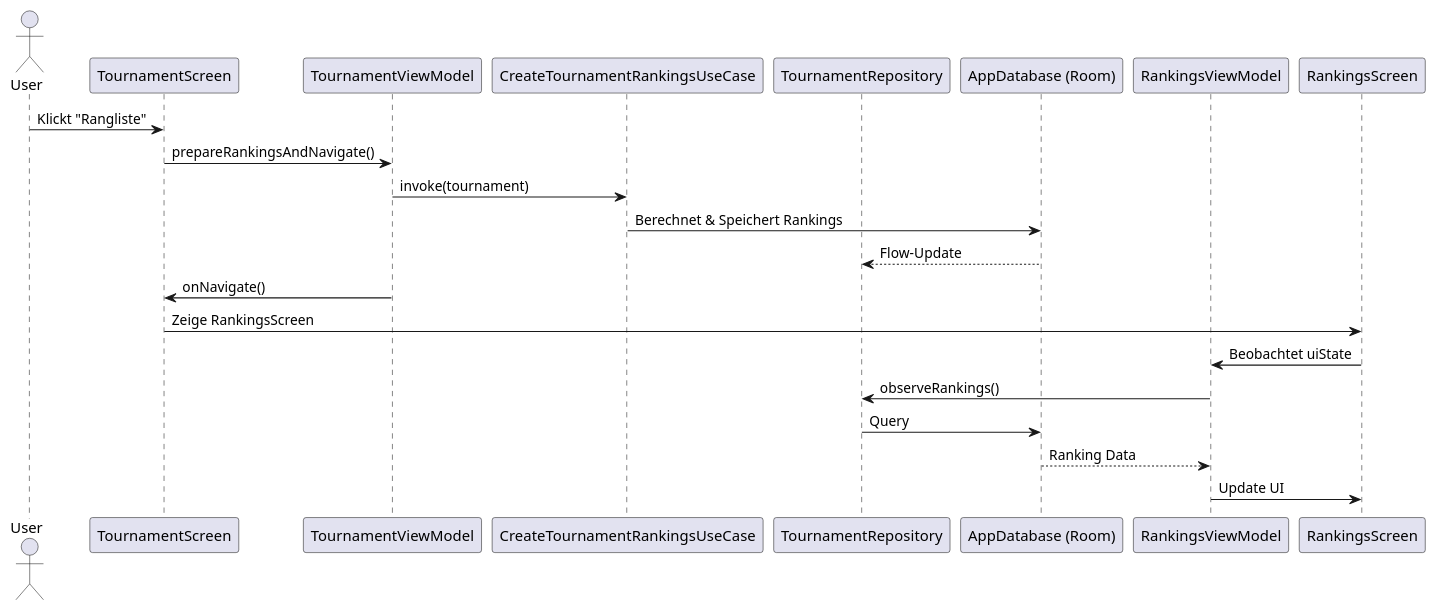
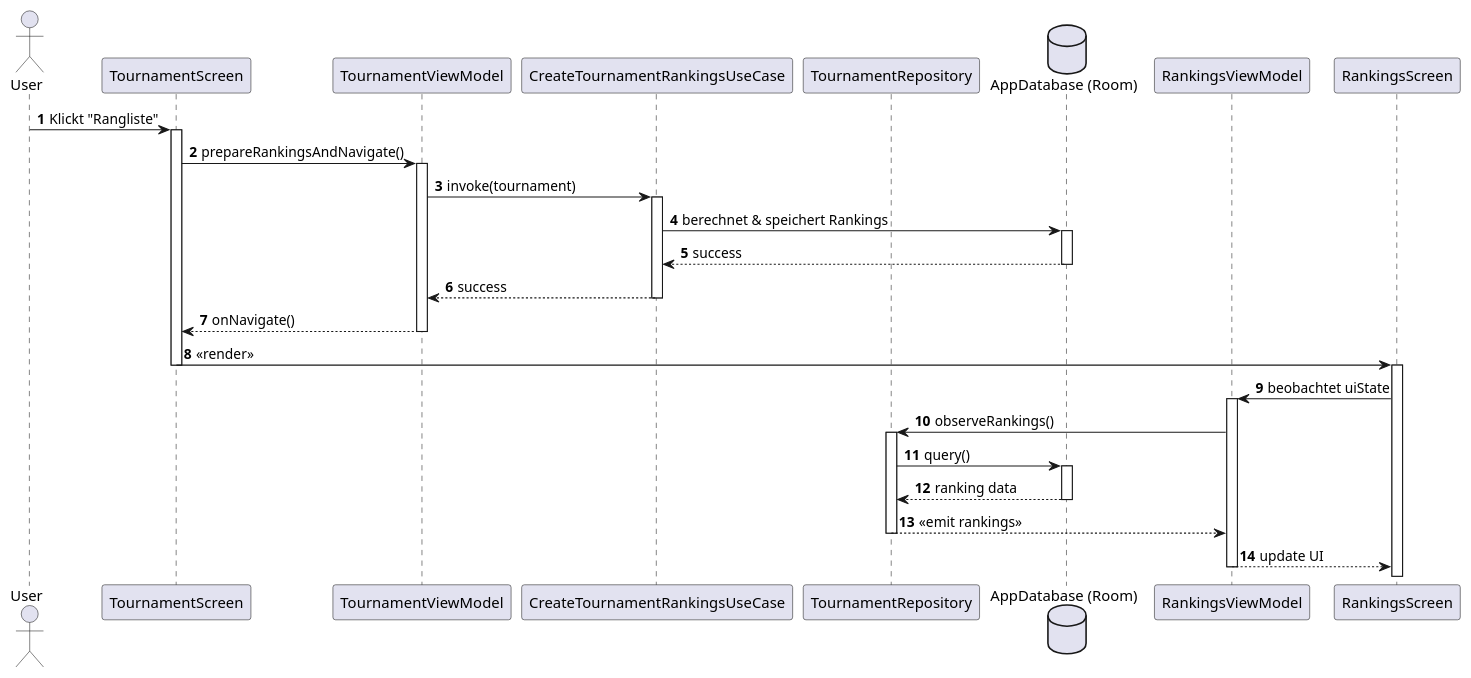
The diagram in docs/architecture/src/runtime-rankings.puml (kindermaenner/monatsblitz-android-app), drawn with PlantUML before and after one commit. The commit also changed 6 other files, not shown here.

Commit message:
adapted pictures to uml conformity

```diff
--- a/docs/architecture/src/runtime-rankings.puml
+++ b/docs/architecture/src/runtime-rankings.puml
@@ -1,23 +1,42 @@
 @startuml
+autonumber
 actor User
 participant "TournamentScreen" as UI
 participant "TournamentViewModel" as TVM
 participant "CreateTournamentRankingsUseCase" as UC
 participant "TournamentRepository" as Repo
-participant "AppDatabase (Room)" as DB
+database "AppDatabase (Room)" as DB
 participant "RankingsViewModel" as RVM
 participant "RankingsScreen" as RUI
 
 User -> UI : Klickt "Rangliste"
+activate UI
 UI -> TVM : prepareRankingsAndNavigate()
+activate TVM
 TVM -> UC : invoke(tournament)
-UC -> DB : Berechnet & Speichert Rankings
-DB --> Repo : Flow-Update
-TVM -> UI : onNavigate()
-UI -> RUI : Zeige RankingsScreen
-RUI -> RVM : Beobachtet uiState
+activate UC
+UC -> DB : berechnet & speichert Rankings
+activate DB
+DB --> UC : success
+deactivate DB
+UC --> TVM : success
+deactivate UC
+TVM --> UI : onNavigate()
+deactivate TVM
+UI -> RUI : <<render>>
+deactivate UI
+
+activate RUI
+RUI -> RVM : beobachtet uiState
+activate RVM
 RVM -> Repo : observeRankings()
-Repo -> DB : Query
-DB --> RVM : Ranking Data
-RVM -> RUI : Update UI
+activate Repo
+Repo -> DB : query()
+activate DB
+DB --> Repo : ranking data
+deactivate DB
+Repo --> RVM : <<emit rankings>>
+deactivate Repo
+RVM --> RUI : update UI
+deactivate RVM
 @enduml
```
